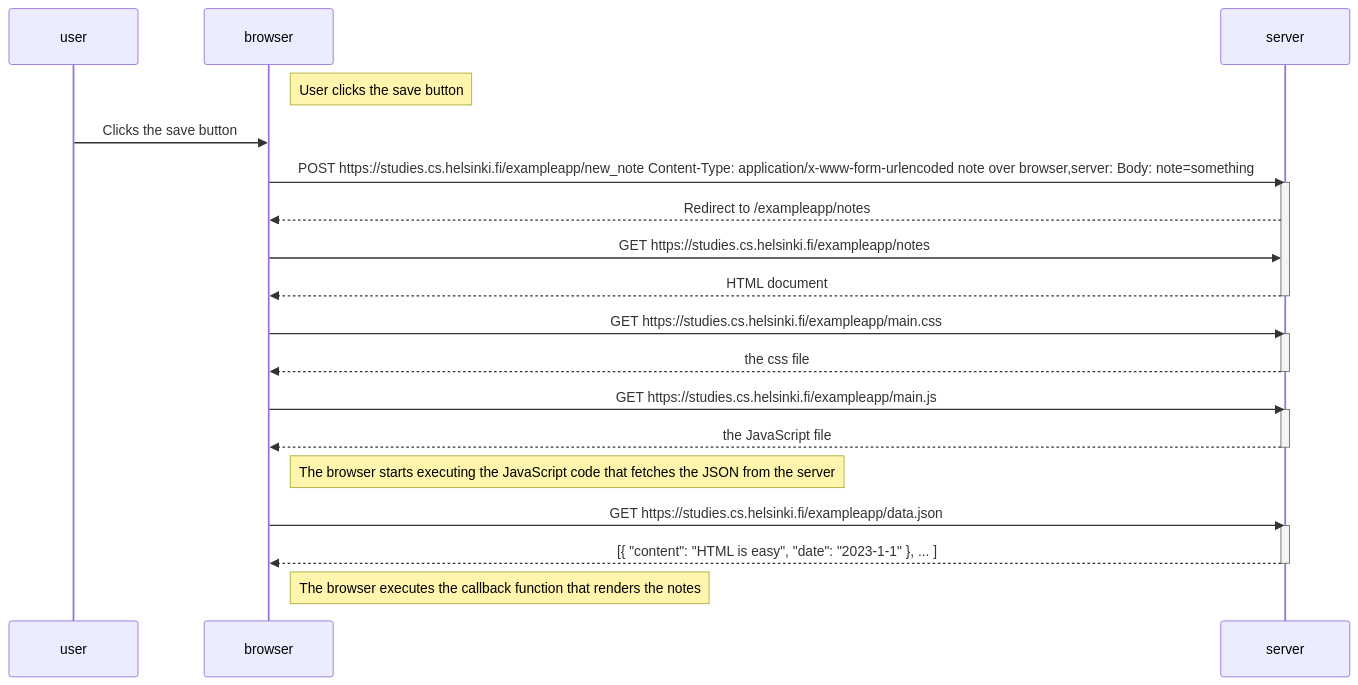
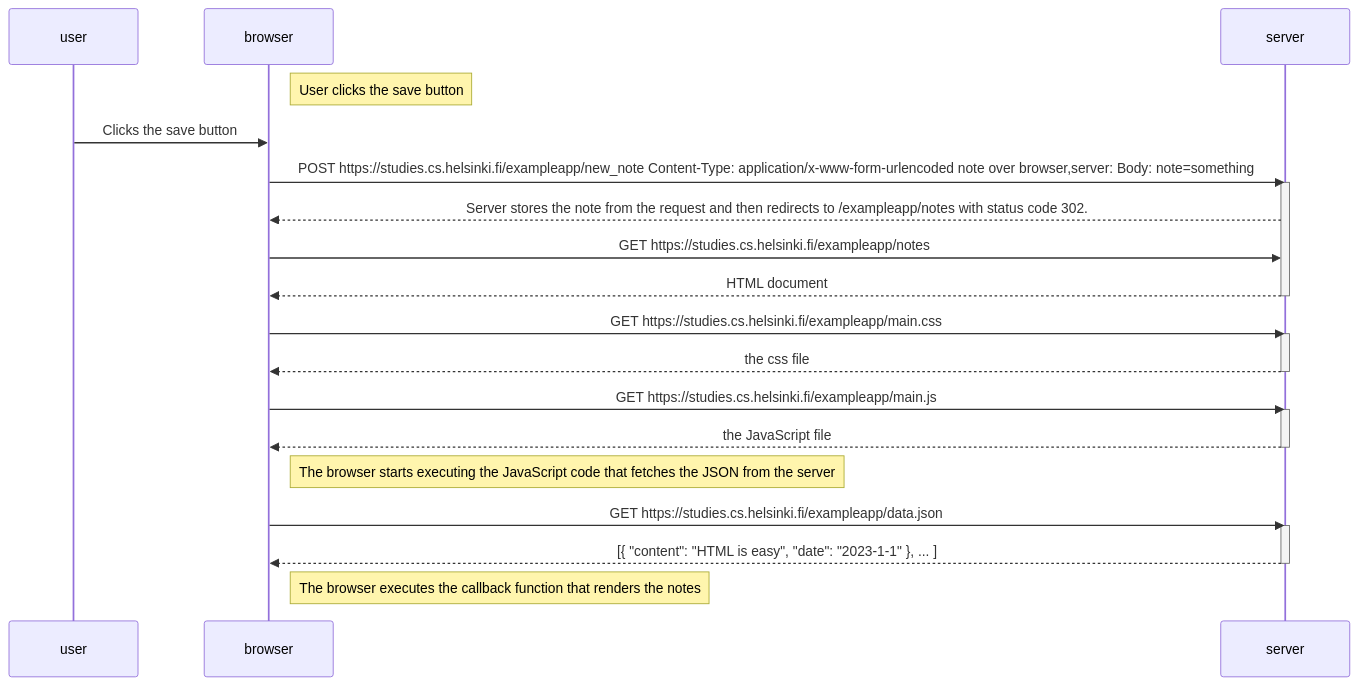
Before and after one commit to JuhKukko/fullstack-helsinki-university: the diagram in osa0/README.md, drawn with Mermaid.

````diff
--- a/osa0/README.md
+++ b/osa0/README.md
@@ -3,34 +3,34 @@
 ```mermaid
 sequenceDiagram
     participant user
     participant browser
     participant server
     
     Note right of browser: User clicks the save button
     user->>browser: Clicks the save button
     browser->>server: POST https://studies.cs.helsinki.fi/exampleapp/new_note Content-Type: application/x-www-form-urlencoded note over browser,server: Body: note=something
     activate server
-    server-->>browser: Redirect to /exampleapp/notes
+    server-->>browser: Server stores the note from the request and then redirects to /exampleapp/notes with status code 302.
     browser->>server: GET https://studies.cs.helsinki.fi/exampleapp/notes
     server-->>browser: HTML document
     deactivate server
     
     browser->>server: GET https://studies.cs.helsinki.fi/exampleapp/main.css
     activate server
     server-->>browser: the css file
     deactivate server
     
     browser->>server: GET https://studies.cs.helsinki.fi/exampleapp/main.js
     activate server
     server-->>browser: the JavaScript file
     deactivate server
 
     Note right of browser: The browser starts executing the JavaScript code that fetches the JSON from the server
     
     browser->>server: GET https://studies.cs.helsinki.fi/exampleapp/data.json
     activate server
     server-->>browser: [{ "content": "HTML is easy", "date": "2023-1-1" }, ... ]
     deactivate server    
 
     Note right of browser: The browser executes the callback function that renders the notes 
 ```
````
